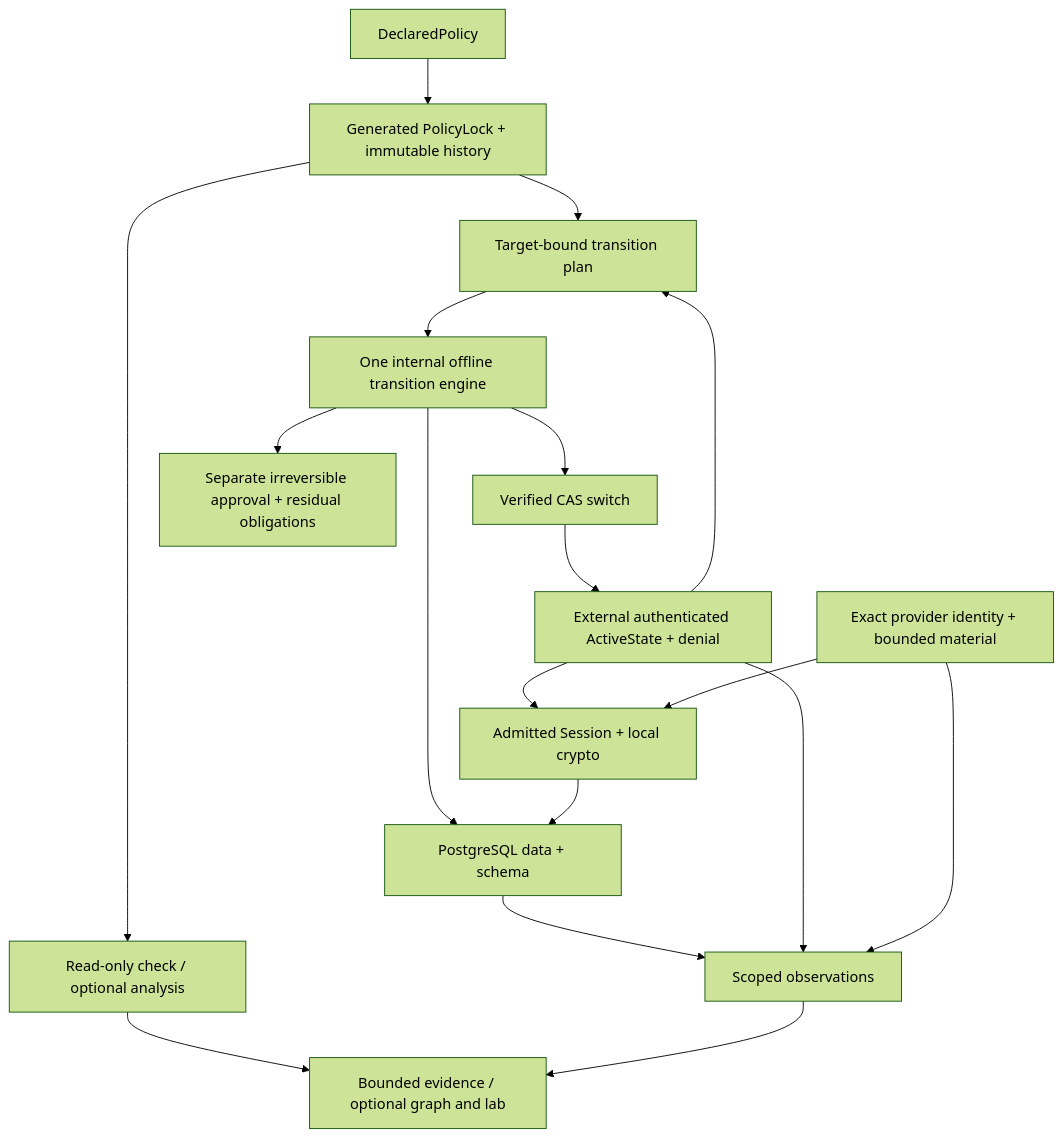
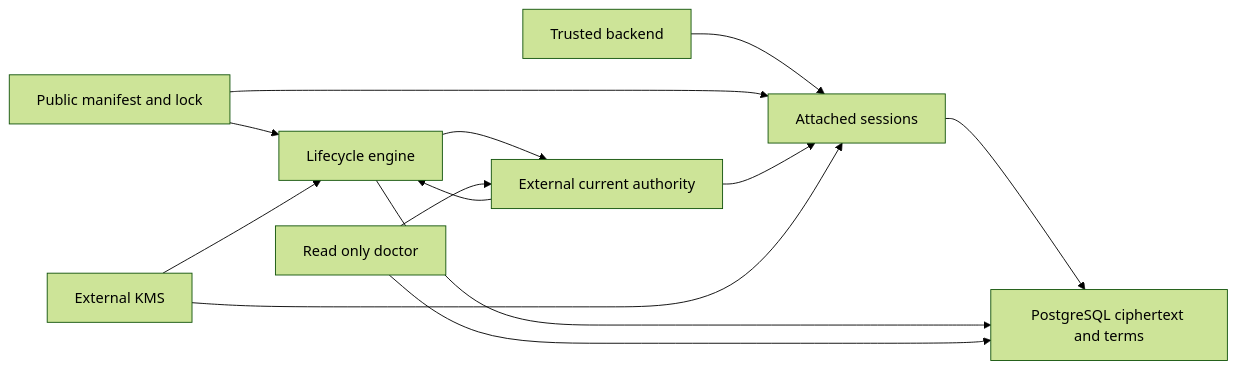
Before and after one commit to Debrato2005/cryptalis: the diagram in docs/architecture/README.md, drawn with Mermaid (forest theme). The commit also changed other lines of this file and 19 other files, not shown here.

````diff
--- a/docs/architecture/README.md
+++ b/docs/architecture/README.md
@@ -140,20 +34,15 @@
 ```mermaid
-flowchart TD
-  Decl[DeclaredPolicy] --> Lock[Generated PolicyLock + immutable history]
-  Lock --> Plan[Target-bound transition plan]
-  Authority[External authenticated ActiveState + denial] --> Plan
-  Plan --> Engine[One internal offline transition engine]
-  Engine --> DB[PostgreSQL data + schema]
-  Engine --> CAS[Verified CAS switch]
-  CAS --> Authority
-  Authority --> Runtime[Admitted Session + local crypto]
-  Runtime --> DB
-  Provider[Exact provider identity + bounded material] --> Runtime
-  Engine --> Finalizer[Separate irreversible approval + residual obligations]
-  Lock --> Check[Read-only check / optional analysis]
-  DB --> Facts[Scoped observations]
-  Authority --> Facts
-  Provider --> Facts
-  Check --> Evidence[Bounded evidence / optional graph and lab]
-  Facts --> Evidence
+flowchart LR
+  Host[Trusted backend] --> Adapter[Attached sessions]
+  Manifest[Public manifest and lock] --> Adapter
+  Authority[External current authority] --> Adapter
+  KMS[External KMS] --> Adapter
+  Adapter --> Storage[PostgreSQL ciphertext and terms]
+  Manifest --> Engine[Lifecycle engine]
+  Authority --> Engine
+  KMS --> Engine
+  Engine --> Storage
+  Engine --> Authority
+  Doctor[Read only doctor] --> Storage
+  Doctor --> Authority
 ```
````
